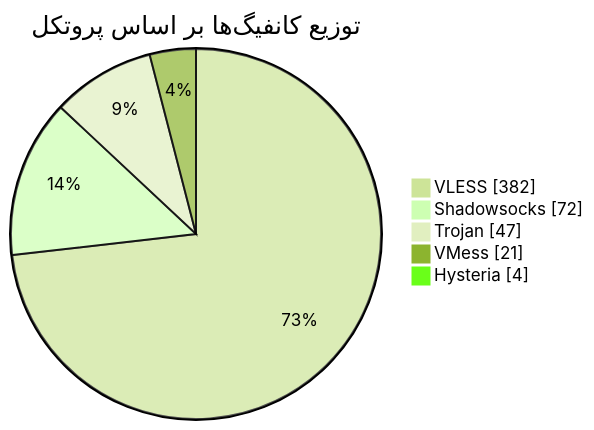
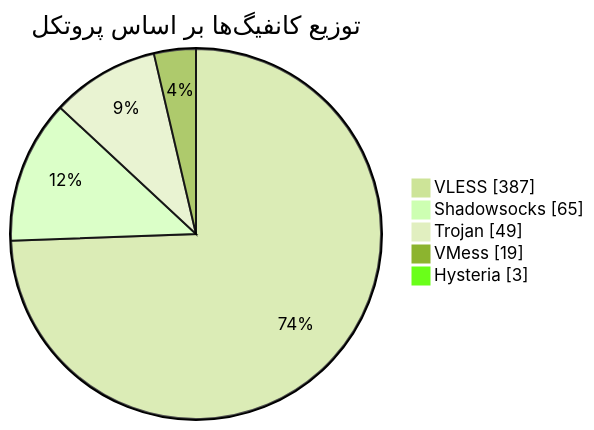
One commit to Arian-Alijani/Somthing changed the diagram in README.md. Above: the diagram before and after it, drawn with Mermaid (forest theme). The commit also changed other lines of this file and 77 other files, not shown here.

````diff
--- a/README.md
+++ b/README.md
@@ -47,9 +47,9 @@
 ```mermaid
 pie showData
     title توزیع کانفیگ‌ها بر اساس پروتکل
-    "VLESS" : 382
-    "Shadowsocks" : 72
-    "Trojan" : 47
-    "VMess" : 21
-    "Hysteria" : 4
+    "VLESS" : 387
+    "Shadowsocks" : 65
+    "Trojan" : 49
+    "VMess" : 19
+    "Hysteria" : 3
 ```
````
